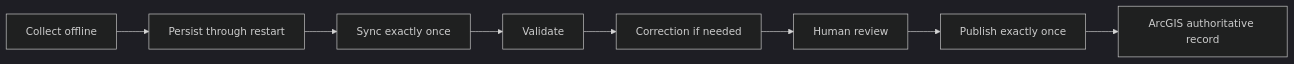
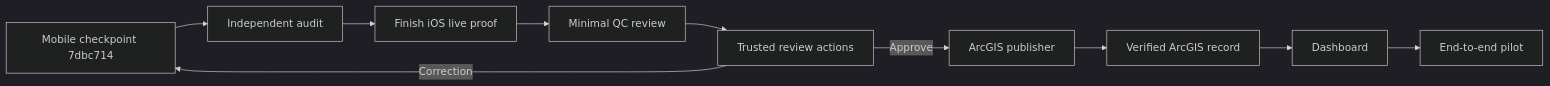
The diagram in docs/PROJECT_STATUS.md (UnbrokenMango21/watershed-water-quality-dashboard), drawn with Mermaid (dark theme) before and after one commit. The commit also changed other lines of this file, not shown here.

Commit message:
docs: record Spark mobile checkpoint and next execution path

````diff
--- a/docs/PROJECT_STATUS.md
+++ b/docs/PROJECT_STATUS.md
@@ -42,10 +80,12 @@
 ```mermaid
 flowchart LR
-    A[Collect offline] --> B[Persist through restart]
-    B --> C[Sync exactly once]
-    C --> D[Validate]
-    D --> E[Correction if needed]
-    E --> F[Human review]
-    F --> G[Publish exactly once]
-    G --> H[ArcGIS authoritative record]
+    A[Mobile checkpoint 7dbc714] --> B[Independent audit]
+    B --> C[Finish iOS live proof]
+    C --> D[Minimal QC review]
+    D --> E[Trusted review actions]
+    E -->|Approve| F[ArcGIS publisher]
+    E -->|Correction| A
+    F --> G[Verified ArcGIS record]
+    G --> H[Dashboard]
+    H --> I[End-to-end pilot]
 ```
````
